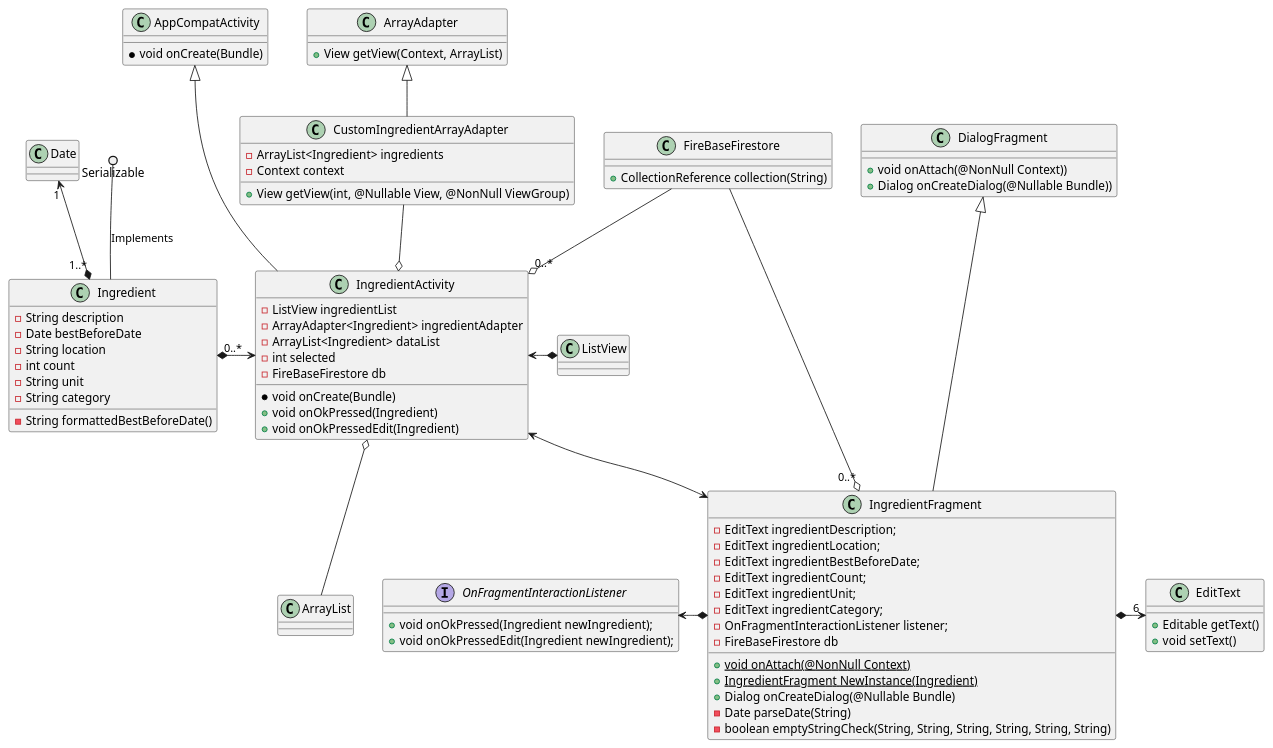
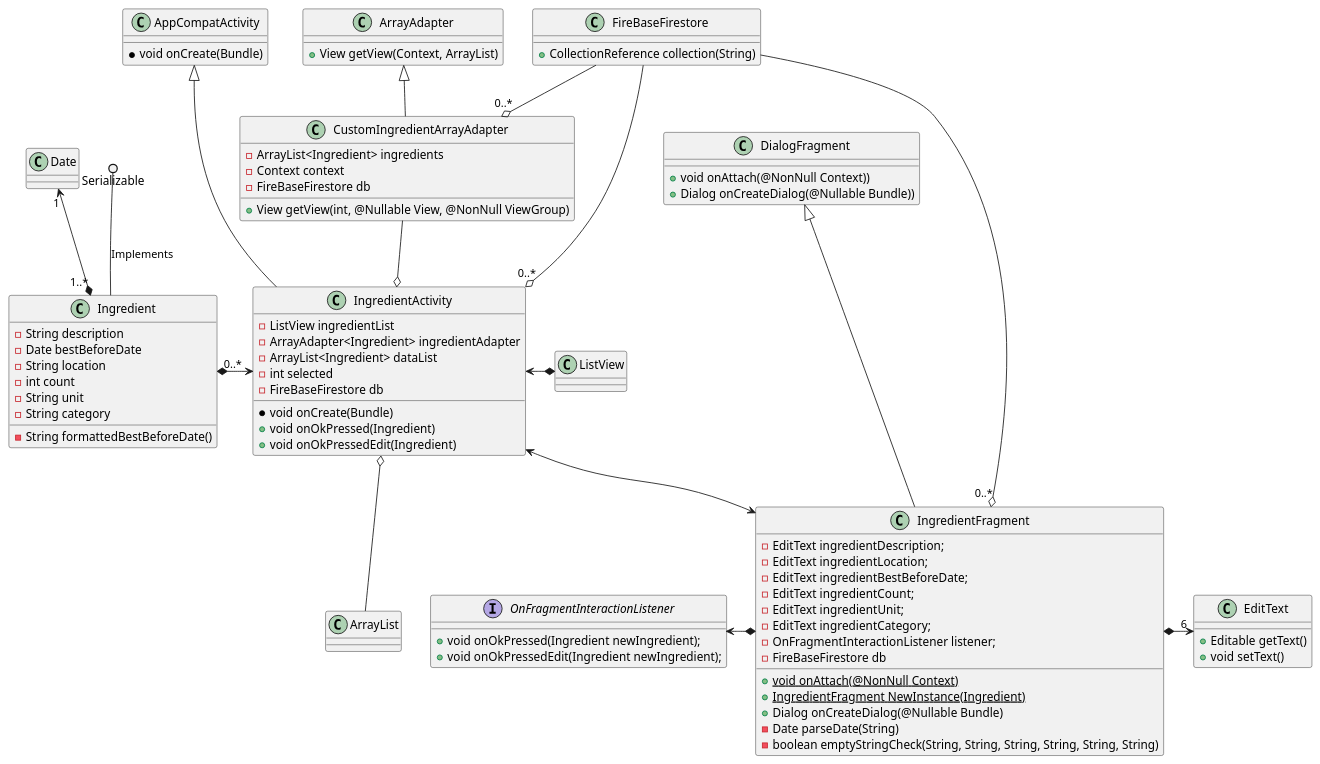
One commit to CMPUT301F22T31/FoodCart changed the diagram in doc/IngredientUML.puml. Above: the diagram before and after it, drawn with PlantUML. The commit also changed 7 other files, not shown here.

Commit message:
Connect Recipe add, edit & delete to Database and updated UML diagrams to include the databases for the CustomAdaptors

```diff
--- a/doc/IngredientUML.puml
+++ b/doc/IngredientUML.puml
@@ -1,94 +1,97 @@
 @startuml
 'https://plantuml.com/class-diagram
 
 class ArrayAdapter {
 +View getView(Context, ArrayList)
 }
 
 class EditText {
 +Editable getText()
 +void setText()
 }
 
 class FireBaseFirestore {
 +CollectionReference collection(String)
 }
 
 class Ingredient {
 -String description
 -Date bestBeforeDate
 -String location
 -int count
 -String unit
 -String category
 
 -String formattedBestBeforeDate()
 }
 
 class AppCompatActivity {
 *void onCreate(Bundle)
 }
 
 class IngredientActivity {
 -ListView ingredientList
 -ArrayAdapter<Ingredient> ingredientAdapter
 -ArrayList<Ingredient> dataList
 -int selected
 -FireBaseFirestore db
 
 *void onCreate(Bundle)
 +void onOkPressed(Ingredient)
 +void onOkPressedEdit(Ingredient)
 }
 
 class DialogFragment {
 +void onAttach(@NonNull Context))
 +Dialog onCreateDialog(@Nullable Bundle))
 }
 
 class IngredientFragment {
 -EditText ingredientDescription;
 -EditText ingredientLocation;
 -EditText ingredientBestBeforeDate;
 -EditText ingredientCount;
 -EditText ingredientUnit;
 -EditText ingredientCategory;
 -OnFragmentInteractionListener listener;
 -FireBaseFirestore db
 
 + {static} void onAttach(@NonNull Context)
 + {static} IngredientFragment NewInstance(Ingredient)
 + Dialog onCreateDialog(@Nullable Bundle)
 - Date parseDate(String)
 - boolean emptyStringCheck(String, String, String, String, String, String)
 }
 
 interface OnFragmentInteractionListener {
 +void onOkPressed(Ingredient newIngredient);
 +void onOkPressedEdit(Ingredient newIngredient);
 }
 
 class CustomIngredientArrayAdapter extends ArrayAdapter {
 - ArrayList<Ingredient> ingredients
 - Context context
+- FireBaseFirestore db
 
 + View getView(int, @Nullable View, @NonNull ViewGroup)
 }
 
 Serializable ()-- Ingredient : Implements
 Date "1" <--* "1..*" Ingredient
 
 Ingredient "0..*" *->  IngredientActivity
 IngredientActivity <-* ListView
 CustomIngredientArrayAdapter --o IngredientActivity
 FireBaseFirestore --o "0..*" IngredientActivity
+
 IngredientActivity o-- ArrayList
 AppCompatActivity <|--- IngredientActivity
 DialogFragment <|--- IngredientFragment
+FireBaseFirestore --o "0..*" CustomIngredientArrayAdapter
 
 IngredientFragment *-> "6" EditText
 OnFragmentInteractionListener <-* IngredientFragment
 FireBaseFirestore --o "0..*" IngredientFragment
 IngredientActivity <--> IngredientFragment
 
 @enduml
```
